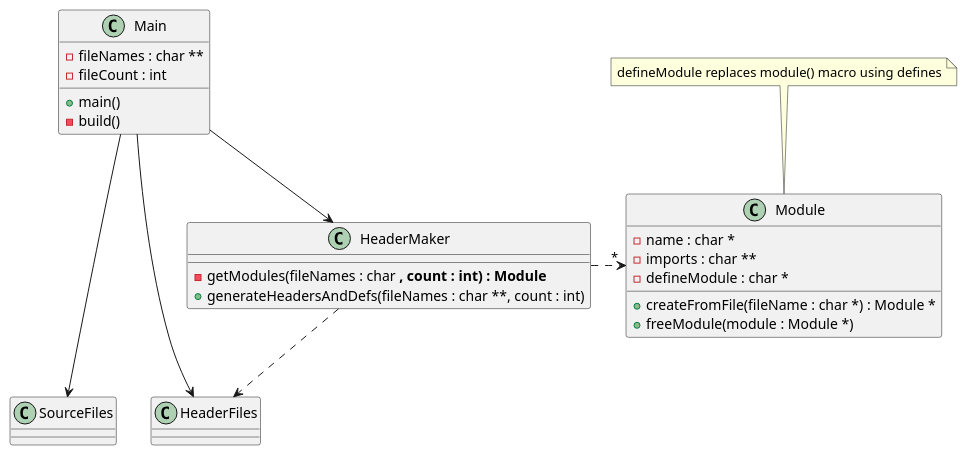
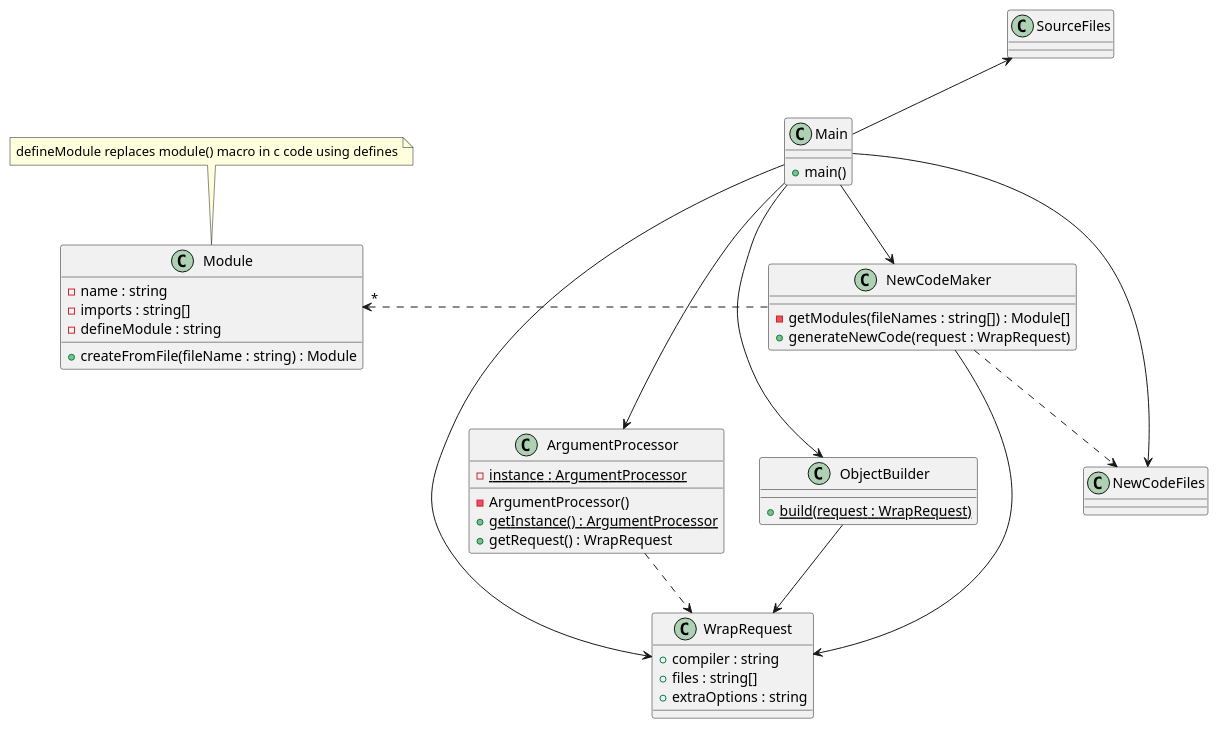
The diagram in docs/design1.plantuml (blueOkiris/dcw), drawn with PlantUML before and after one commit. The commit also changed 1 other file, not shown here.

Commit message:
Updated uml image

```diff
--- a/docs/design1.plantuml
+++ b/docs/design1.plantuml
@@ -1,37 +1,55 @@
 @startuml design1
 
 class SourceFiles
-class HeaderFiles
+class NewCodeFiles
 
 class Main {
-    - fileNames : char **
-    - fileCount : int
-
     + main()
-    - build()
 }
 
 class Module {
-    - name : char *
-    - imports : char **
-    - defineModule : char *
+    - name : string
+    - imports : string[]
+    - defineModule : string
 
-    + createFromFile(fileName : char *) : Module *
-    + freeModule(module : Module *)
+    + createFromFile(fileName : string) : Module
 }
 
-note top of Module : defineModule replaces module() macro using defines
-
-class HeaderMaker {
-    - getModules(fileNames : char **, count : int) : Module **
-    + generateHeadersAndDefs(fileNames : char **, count : int)
+class WrapRequest {
+    + compiler : string
+    + files : string[]
+    + extraOptions : string
 }
 
-Main -d-> SourceFiles
-SourceFiles -[hidden]> HeaderFiles
-Main -d-> HeaderMaker
-HeaderMaker .r.> "*" Module
-HeaderMaker ..> HeaderFiles
-Main --> HeaderFiles
+class ArgumentProcessor {
+    - {static} instance : ArgumentProcessor
+    - ArgumentProcessor()
+    + {static} getInstance() : ArgumentProcessor
+    + getRequest() : WrapRequest
+}
+
+note top of Module : defineModule replaces module() macro in c code using defines
+
+class NewCodeMaker {
+    - getModules(fileNames : string[]) : Module[]
+    + generateNewCode(request : WrapRequest)
+}
+
+class ObjectBuilder {
+    + {static} build(request : WrapRequest)
+}
+
+Main --d-> ArgumentProcessor
+ArgumentProcessor ..> WrapRequest
+Main --d-> WrapRequest
+Main -u-> SourceFiles
+SourceFiles -[hidden]> NewCodeFiles
+Main -d-> NewCodeMaker
+NewCodeMaker .l.> "*" Module
+NewCodeMaker ..> NewCodeFiles
+Main ---> NewCodeFiles
+NewCodeMaker --> WrapRequest
+ObjectBuilder --> WrapRequest
+Main ---> ObjectBuilder
 
 @enduml
```
